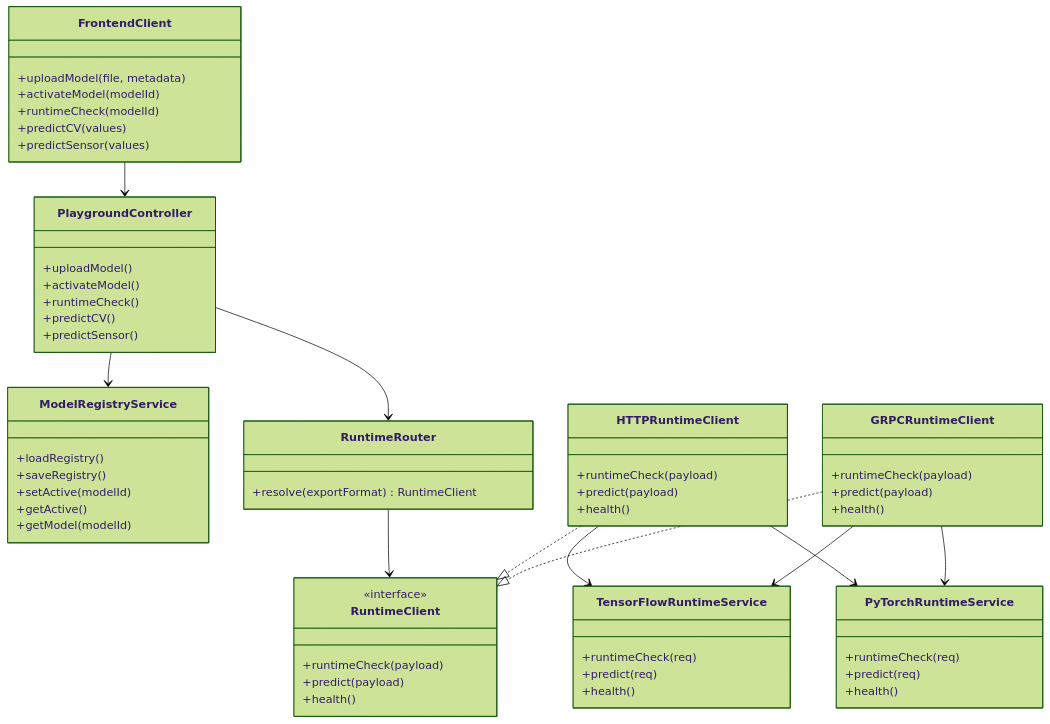
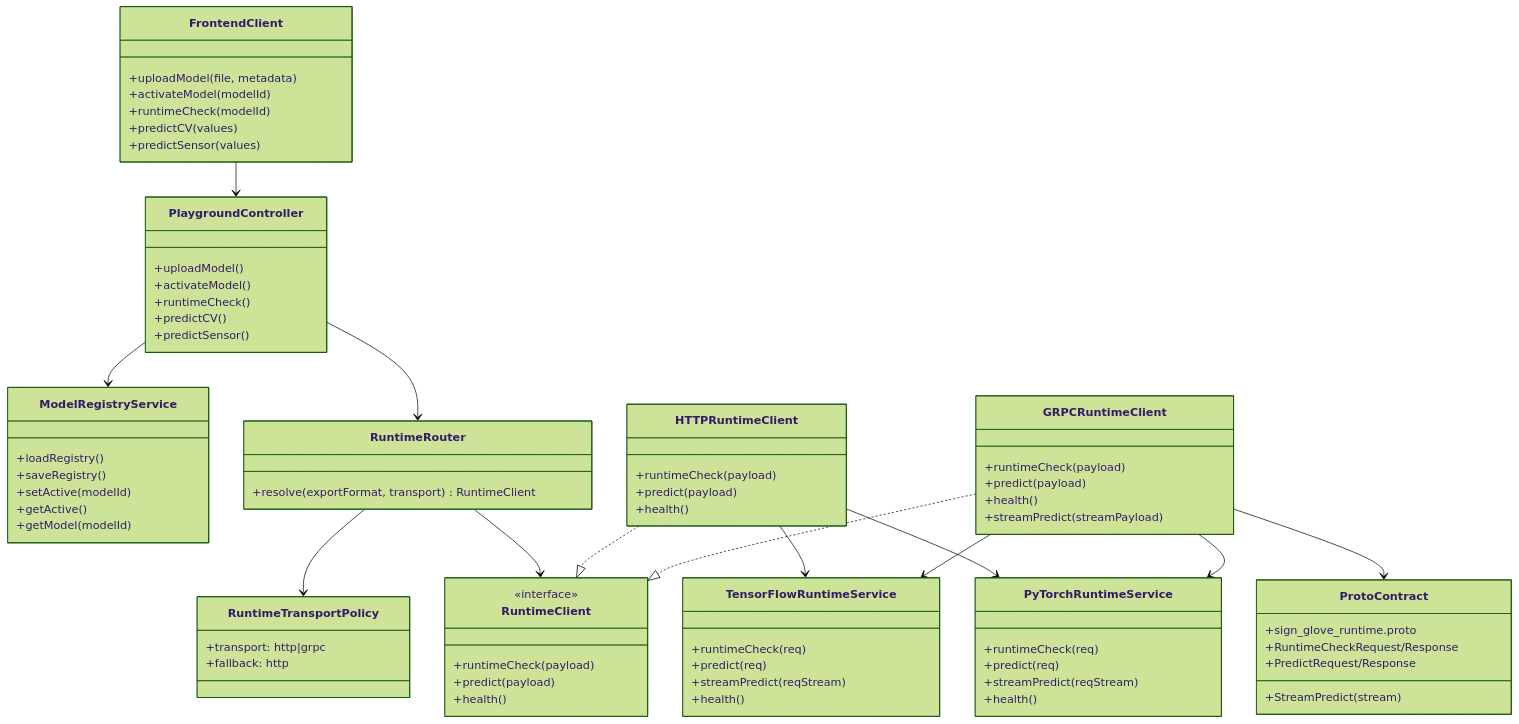
The second of 4 diagrams in docs/grpc_mermaid_blueprint.md (lovelypoet/SilentVoix), drawn with Mermaid (forest theme) before and after one commit. The commit also changed other lines of this file and 9 other files, not shown here.

```diff
--- a/docs/grpc_mermaid_blueprint.md
+++ b/docs/grpc_mermaid_blueprint.md
@@ -76,7 +85,7 @@
     }
 
     class RuntimeRouter {
-      +resolve(exportFormat) RuntimeClient
+      +resolve(exportFormat, transport) RuntimeClient
     }
 
     class RuntimeClient {
@@ -96,26 +105,43 @@
       +runtimeCheck(payload)
       +predict(payload)
       +health()
+      +streamPredict(streamPayload)
+    }
+
+    class RuntimeTransportPolicy {
+      +transport: http|grpc
+      +fallback: http
+    }
+
+    class ProtoContract {
+      +sign_glove_runtime.proto
+      +RuntimeCheckRequest/Response
+      +PredictRequest/Response
+      +StreamPredict(stream)
     }
 
     class TensorFlowRuntimeService {
       +runtimeCheck(req)
       +predict(req)
+      +streamPredict(reqStream)
       +health()
     }
 
     class PyTorchRuntimeService {
       +runtimeCheck(req)
       +predict(req)
+      +streamPredict(reqStream)
       +health()
     }
 
     FrontendClient --> PlaygroundController
     PlaygroundController --> ModelRegistryService
     PlaygroundController --> RuntimeRouter
+    RuntimeRouter --> RuntimeTransportPolicy
     RuntimeRouter --> RuntimeClient
     HTTPRuntimeClient ..|> RuntimeClient
     GRPCRuntimeClient ..|> RuntimeClient
+    GRPCRuntimeClient --> ProtoContract
     HTTPRuntimeClient --> TensorFlowRuntimeService
     HTTPRuntimeClient --> PyTorchRuntimeService
     GRPCRuntimeClient --> TensorFlowRuntimeService
```
